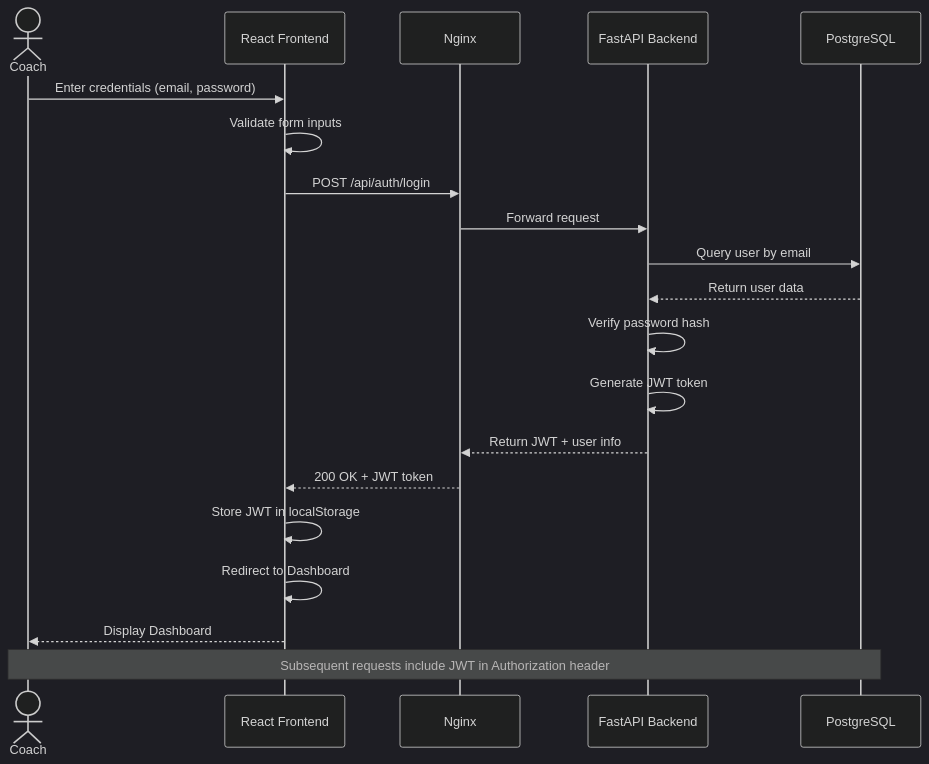
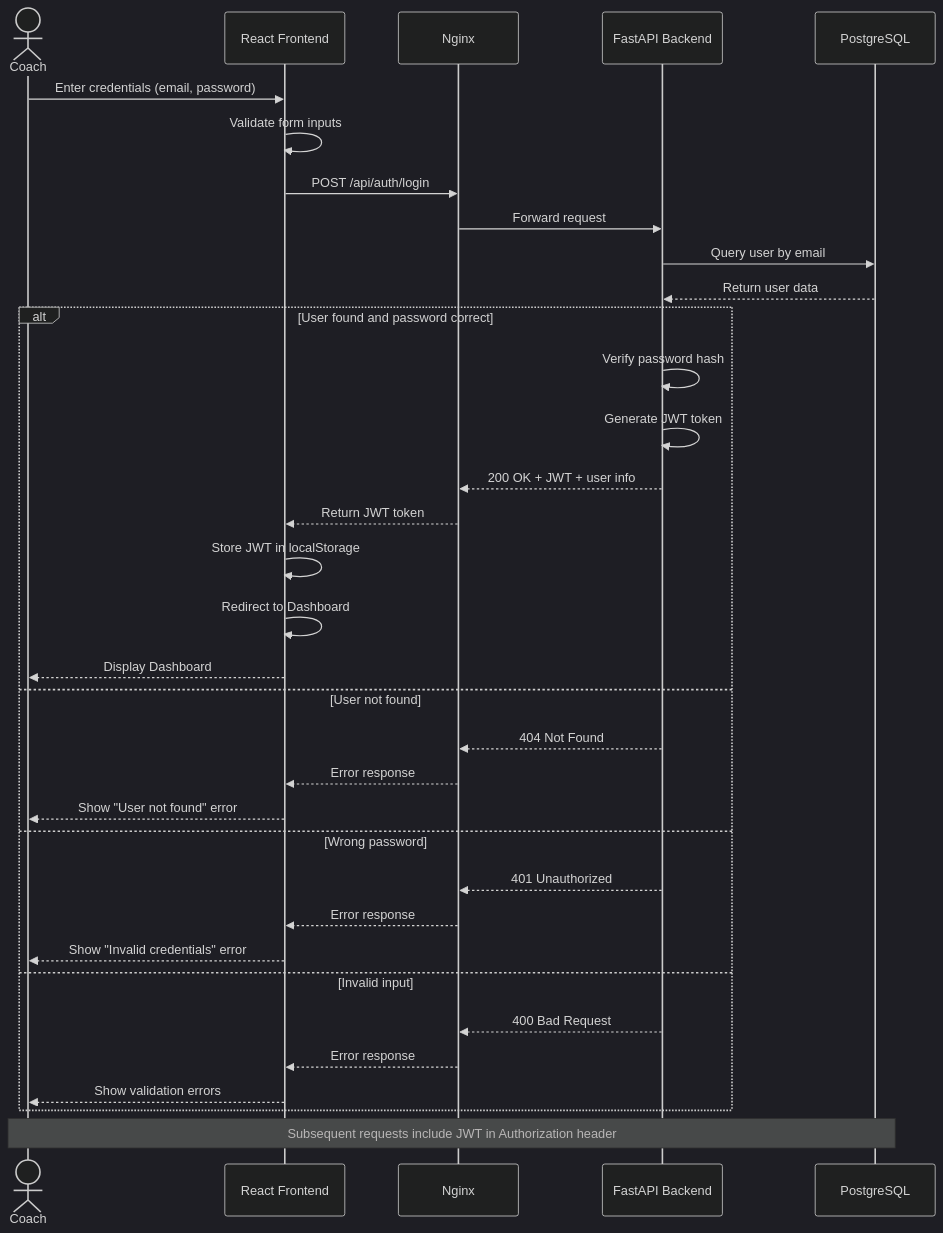
Before and after one commit to loicleguen/Portfolio-Project: the fourth of 7 diagrams in README.md, drawn with Mermaid (dark theme). The commit also changed other lines of this file, not shown here.

Commit message:
Enhance sequence diagrams in README.md with detailed user authentication and CSV import flows

````diff
--- a/README.md
+++ b/README.md
@@ -722,24 +722,39 @@
 ```mermaid
 sequenceDiagram
     actor Coach
     participant Frontend as React Frontend
     participant Nginx
     participant Backend as FastAPI Backend
     participant DB as PostgreSQL
     
     Coach->>Frontend: Enter credentials (email, password)
     Frontend->>Frontend: Validate form inputs
     Frontend->>Nginx: POST /api/auth/login
     Nginx->>Backend: Forward request
     Backend->>DB: Query user by email
     DB-->>Backend: Return user data
-    Backend->>Backend: Verify password hash
-    Backend->>Backend: Generate JWT token
-    Backend-->>Nginx: Return JWT + user info
-    Nginx-->>Frontend: 200 OK + JWT token
-    Frontend->>Frontend: Store JWT in localStorage
-    Frontend->>Frontend: Redirect to Dashboard
-    Frontend-->>Coach: Display Dashboard
+    
+    alt User found and password correct
+        Backend->>Backend: Verify password hash
+        Backend->>Backend: Generate JWT token
+        Backend-->>Nginx: 200 OK + JWT + user info
+        Nginx-->>Frontend: Return JWT token
+        Frontend->>Frontend: Store JWT in localStorage
+        Frontend->>Frontend: Redirect to Dashboard
+        Frontend-->>Coach: Display Dashboard
+    else User not found
+        Backend-->>Nginx: 404 Not Found
+        Nginx-->>Frontend: Error response
+        Frontend-->>Coach: Show "User not found" error
+    else Wrong password
+        Backend-->>Nginx: 401 Unauthorized
+        Nginx-->>Frontend: Error response
+        Frontend-->>Coach: Show "Invalid credentials" error
+    else Invalid input
+        Backend-->>Nginx: 400 Bad Request
+        Nginx-->>Frontend: Error response
+        Frontend-->>Coach: Show validation errors
+    end
     
     Note over Coach,DB: Subsequent requests include JWT in Authorization header
 ```
````
